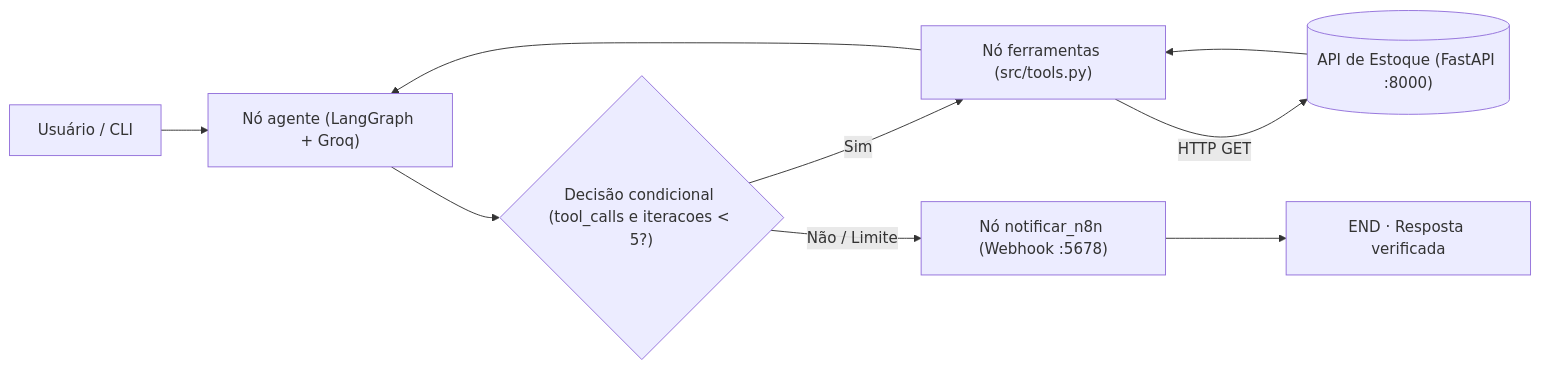
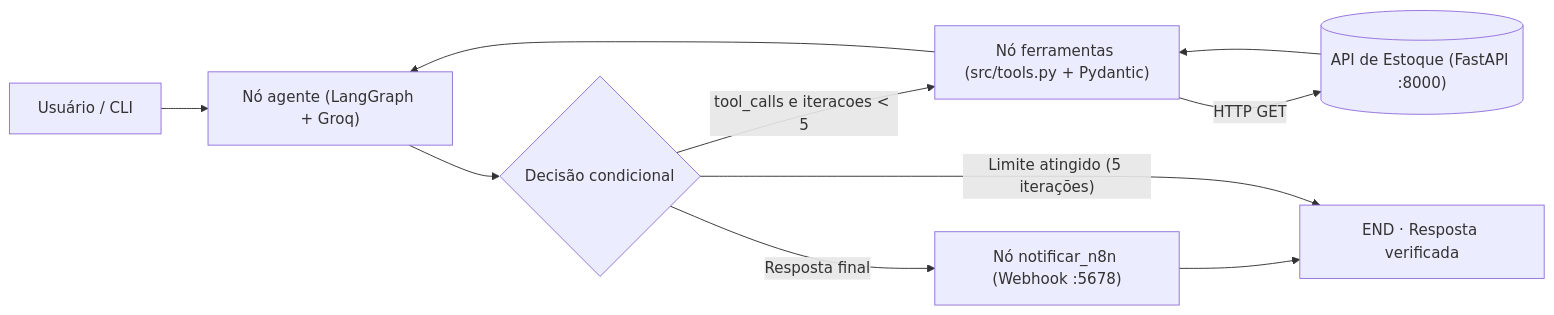
Before and after one commit to renanrosaf/agente-analise-estoque: the diagram in README.md, drawn with Mermaid. The commit also changed other lines of this file and 6 other files, not shown here.

Commit message:
chore: finaliza validacao Pydantic, trava de limite, 10 testes e evidencias

````diff
--- a/README.md
+++ b/README.md
@@ -29,11 +29,12 @@
 ```mermaid
 flowchart LR
     U["Usuário / CLI"] --> A["Nó agente (LangGraph + Groq)"]
-    A --> D{"Decisão condicional (tool_calls e iteracoes < 5?)"}
-    D -- Sim --> T["Nó ferramentas (src/tools.py)"]
-    T -- HTTP GET --> API[("API de Estoque (FastAPI :8000)")]
+    A --> D{"Decisão condicional"}
+    D -- "tool_calls e iteracoes < 5" --> T["Nó ferramentas (src/tools.py + Pydantic)"]
+    T -- "HTTP GET" --> API[("API de Estoque (FastAPI :8000)")]
     API --> T
     T --> A
-    D -- Não / Limite --> N["Nó notificar_n8n (Webhook :5678)"]
+    D -- "Resposta final" --> N["Nó notificar_n8n (Webhook :5678)"]
     N --> R["END · Resposta verificada"]
+    D -- "Limite atingido (5 iterações)" --> R
 ```
````
